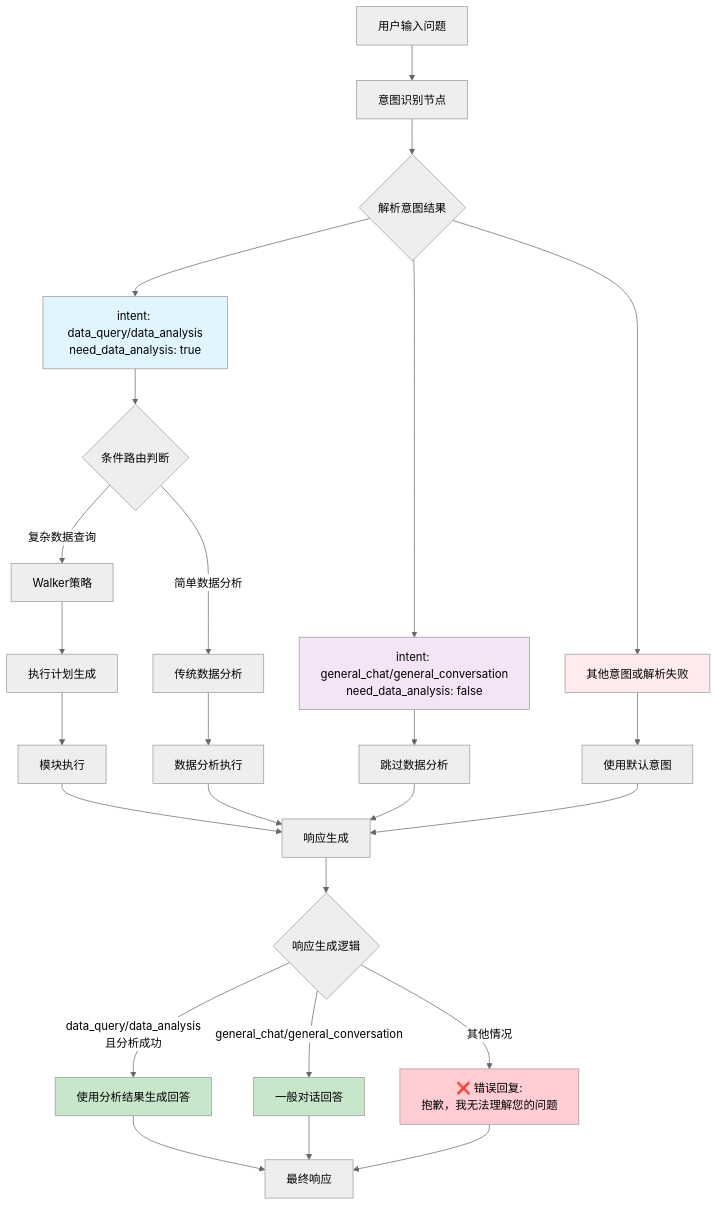
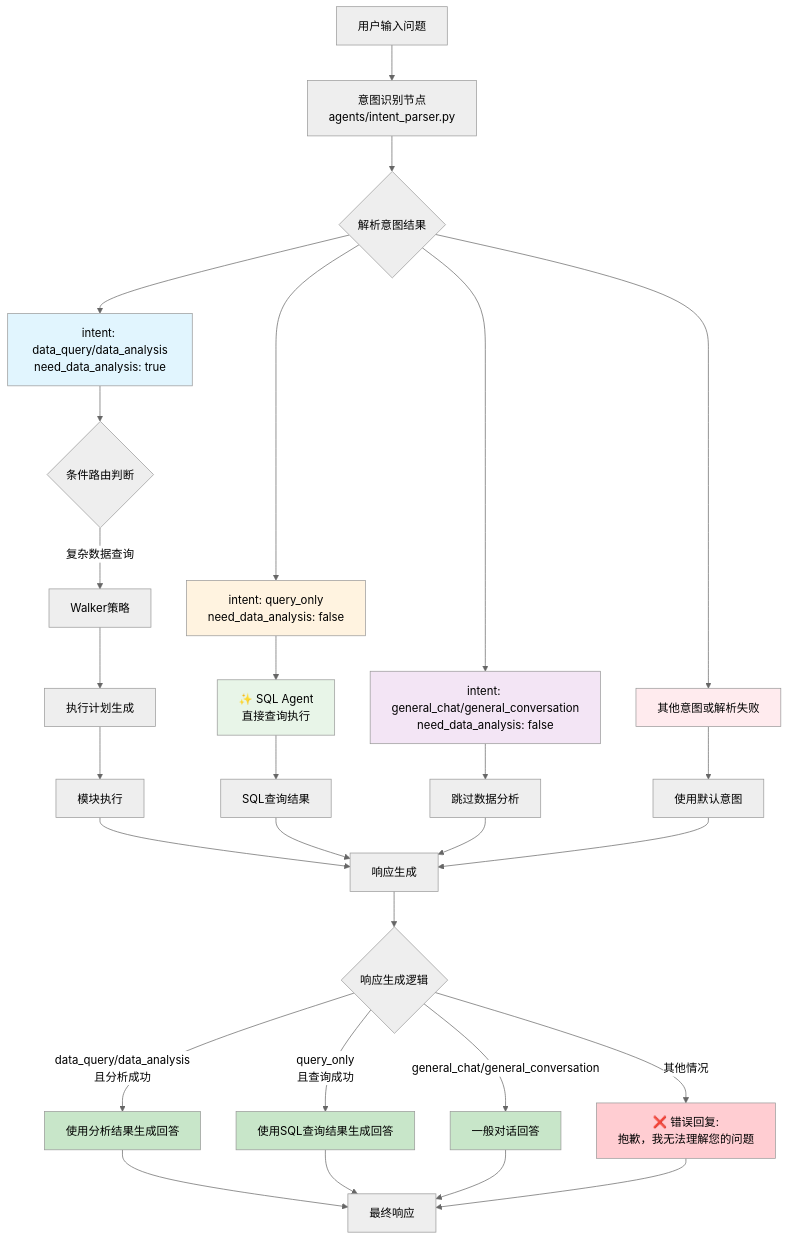
The second of 5 diagrams in devlog/intent_recognition_flow.md (zhangzihaoDT/walker), drawn with Mermaid (neutral theme) before and after one commit. The commit also changed other lines of this file and 64 other files, not shown here.

````diff
--- a/devlog/intent_recognition_flow.md
+++ b/devlog/intent_recognition_flow.md
@@ -120,43 +120,49 @@
 ```mermaid
 flowchart TD
-    A[用户输入问题] --> B[意图识别节点]
+    A[用户输入问题] --> B[意图识别节点<br/>agents/intent_parser.py]
     B --> C{解析意图结果}
 
     C --> D[intent: data_query/data_analysis<br/>need_data_analysis: true]
-    C --> E[intent: general_chat/general_conversation<br/>need_data_analysis: false]
-    C --> F[其他意图或解析失败]
+    C --> E[intent: query_only<br/>need_data_analysis: false]
+    C --> F[intent: general_chat/general_conversation<br/>need_data_analysis: false]
+    C --> G[其他意图或解析失败]
 
-    D --> G{条件路由判断}
-    E --> H[跳过数据分析]
-    F --> I[使用默认意图]
+    D --> H{条件路由判断}
+    E --> I[✨ SQL Agent<br/>直接查询执行]
+    F --> J[跳过数据分析]
+    G --> K[使用默认意图]
 
-    G --> |复杂数据查询| J[Walker策略]
-    G --> |简单数据分析| K[传统数据分析]
+    H --> |复杂数据查询| L[Walker策略]
 
-    J --> L[执行计划生成]
-    L --> M[模块执行]
-    M --> N[响应生成]
+    L --> M[执行计划生成]
+    M --> N[模块执行]
+    N --> O[响应生成]
 
-    K --> O[数据分析执行]
-    O --> N
+    I --> P[SQL查询结果]
+    P --> O
 
-    H --> N
-    I --> N
+    J --> O
+    K --> O
 
-    N --> P{响应生成逻辑}
+    O --> Q{响应生成逻辑}
 
-    P --> |data_query/data_analysis<br/>且分析成功| Q[使用分析结果生成回答]
-    P --> |general_chat/general_conversation| R[一般对话回答]
-    P --> |其他情况| S[❌ 错误回复:<br/>抱歉，我无法理解您的问题]
+    Q --> |data_query/data_analysis<br/>且分析成功| R[使用分析结果生成回答]
+    Q --> |query_only<br/>且查询成功| S[使用SQL查询结果生成回答]
+    Q --> |general_chat/general_conversation| T[一般对话回答]
+    Q --> |其他情况| U[❌ 错误回复:<br/>抱歉，我无法理解您的问题]
 
-    Q --> T[最终响应]
-    R --> T
-    S --> T
+    R --> V[最终响应]
+    S --> V
+    T --> V
+    U --> V
 
     style D fill:#e1f5fe
-    style E fill:#f3e5f5
-    style F fill:#ffebee
-    style S fill:#ffcdd2
+    style E fill:#fff3e0
+    style F fill:#f3e5f5
+    style G fill:#ffebee
+    style I fill:#e8f5e8
+    style U fill:#ffcdd2
+    style T fill:#c8e6c9
     style R fill:#c8e6c9
-    style Q fill:#c8e6c9
+    style S fill:#c8e6c9
 ```
````
